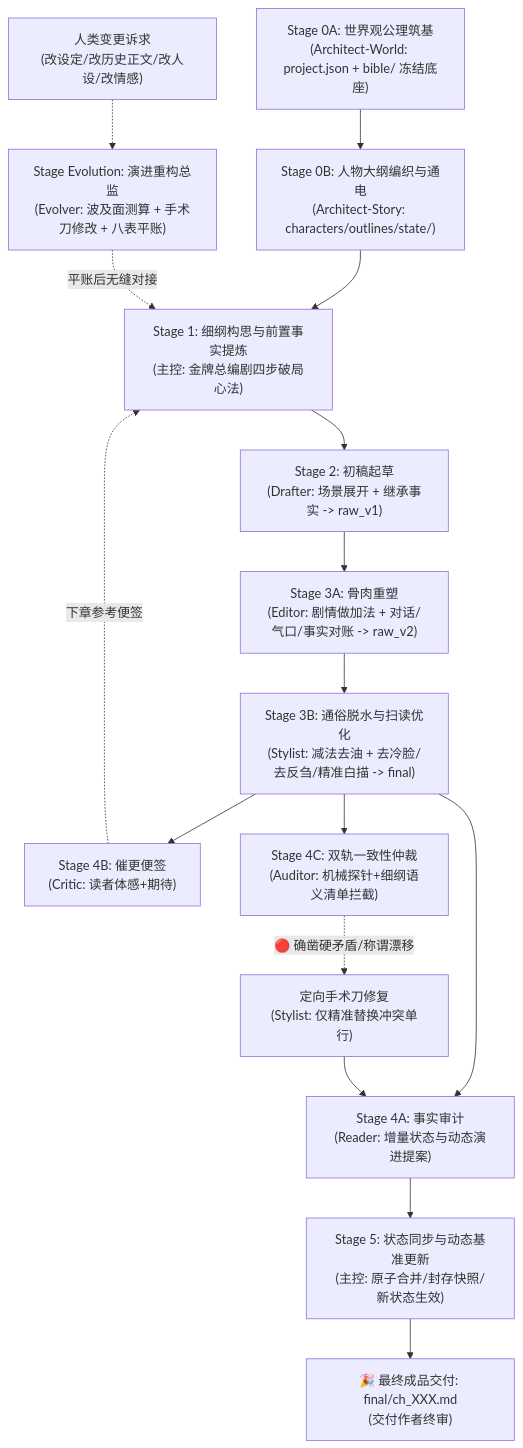
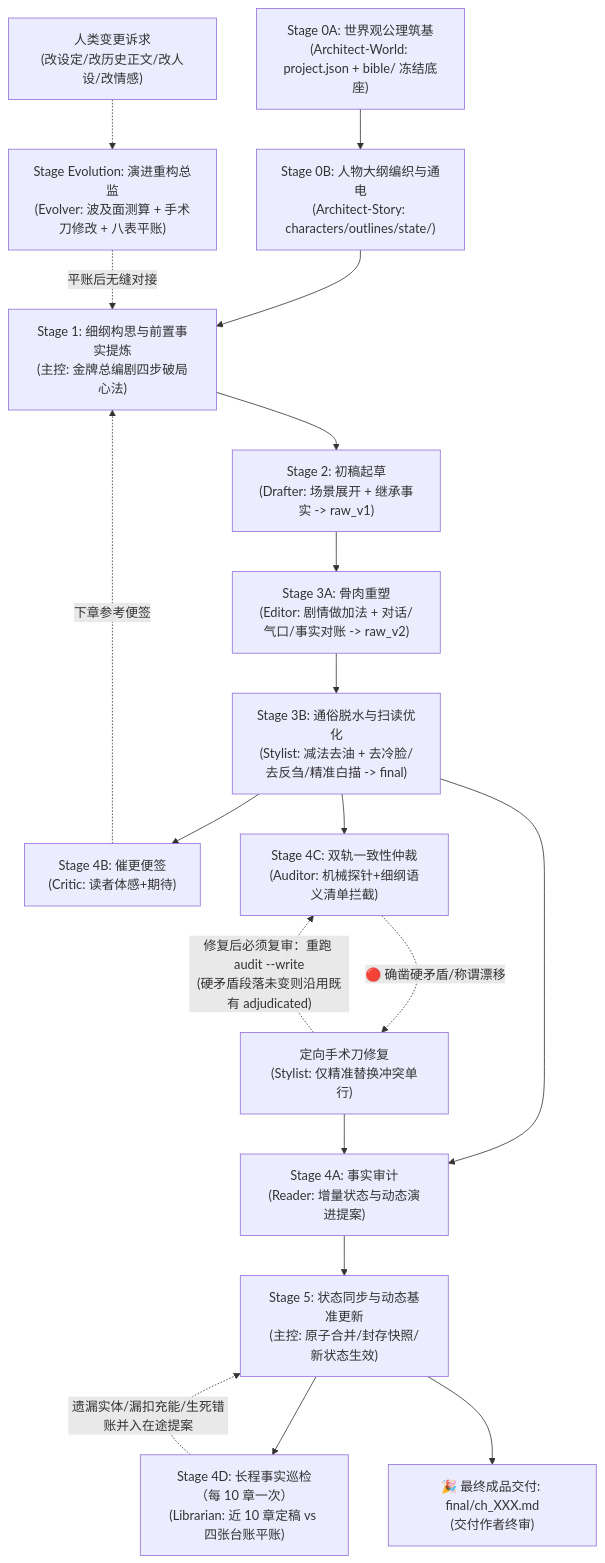
One commit to cg110902/NOVEL changed the diagram in AGENTS.md. Above: the diagram before and after it, drawn with Mermaid. The commit also changed other lines of this file and 30 other files, not shown here.

````diff
--- a/AGENTS.md
+++ b/AGENTS.md
@@ -48,19 +48,22 @@
 ```mermaid
 graph TD
     S0A["Stage 0A: 世界观公理筑基<br/>(Architect-World: project.json + bible/ 冻结底座)"] --> S0B["Stage 0B: 人物大纲编织与通电<br/>(Architect-Story: characters/outlines/state/)"]
     S0B --> S1["Stage 1: 细纲构思与前置事实提炼<br/>(主控: 金牌总编剧四步破局心法)"]
     S1 --> S2["Stage 2: 初稿起草<br/>(Drafter: 场景展开 + 继承事实 -> raw_v1)"]
     S2 --> S3A["Stage 3A: 骨肉重塑<br/>(Editor: 剧情做加法 + 对话/气口/事实对账 -> raw_v2)"]
     S3A --> S3B["Stage 3B: 通俗脱水与扫读优化<br/>(Stylist: 减法去油 + 去冷脸/去反刍/精准白描 -> final)"]
     S3B --> S4A["Stage 4A: 事实审计<br/>(Reader: 增量状态与动态演进提案)"]
     S3B --> S4B["Stage 4B: 催更便签<br/>(Critic: 读者体感+期待)"]
     S3B --> S4C["Stage 4C: 双轨一致性仲裁<br/>(Auditor: 机械探针+细纲语义清单拦截)"]
-    S4C -. "🔴 确凿硬矛盾/称谓漂移" .-> S3Patch["定向手术刀修复<br/>(Stylist: 仅精准替换冲突单行)"]
-    S3Patch --> S4A
+    S4C -. "🔴 确凿硬矛盾/称谓漂移" .-> S4Patch["定向手术刀修复<br/>(Stylist: 仅精准替换冲突单行)"]
+    S4Patch -. "修复后必须复审：重跑 audit --write<br/>(硬矛盾段落未变则沿用既有 adjudicated)" .-> S4C
+    S4Patch --> S4A
     S4A --> S5["Stage 5: 状态同步与动态基准更新<br/>(主控: 原子合并/封存快照/新状态生效)"]
+    S5 --> S4D["Stage 4D: 长程事实巡检（每 10 章一次）<br/>(Librarian: 近 10 章定稿 vs 四张台账平账)"]
+    S4D -. "遗漏实体/漏扣充能/生死错账并入在途提案" .-> S5
     S4B -. "下章参考便签" .-> S1
     S5 --> S6["🎉 最终成品交付: final/ch_XXX.md<br/>(交付作者终审)"]
 
     UserChange["人类变更诉求<br/>(改设定/改历史正文/改人设/改情感)"] -.-> SEvolution["Stage Evolution: 演进重构总监<br/>(Evolver: 波及面测算 + 手术刀修改 + 八表平账)"]
     SEvolution -. "平账后无缝对接" .-> S1
 ```
````
